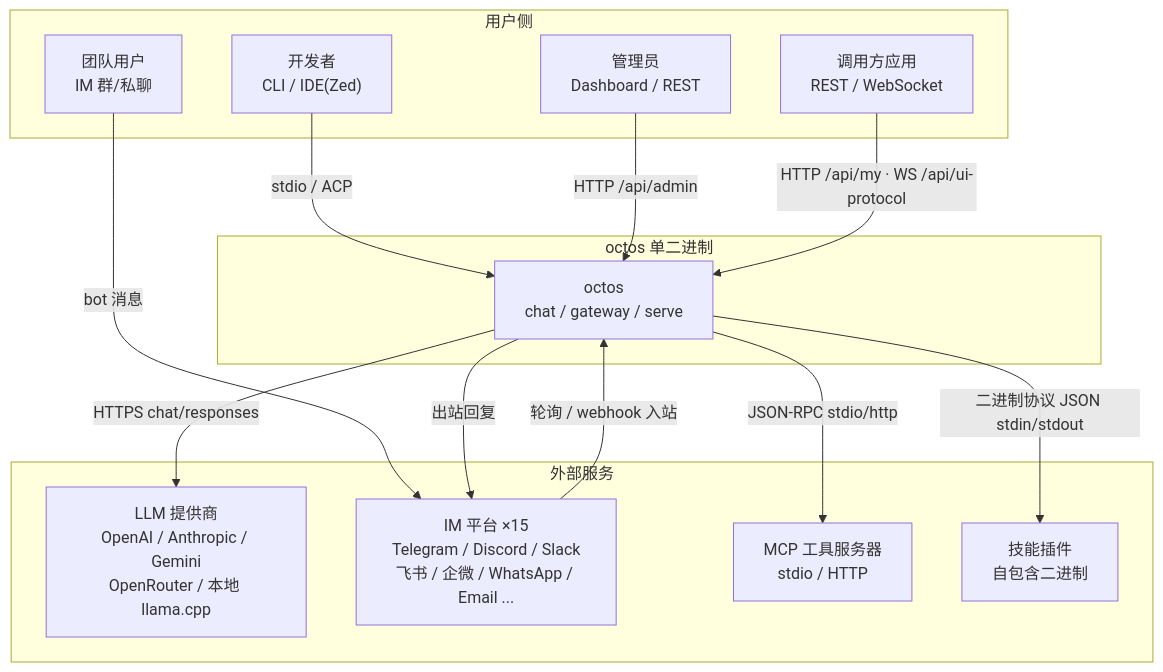
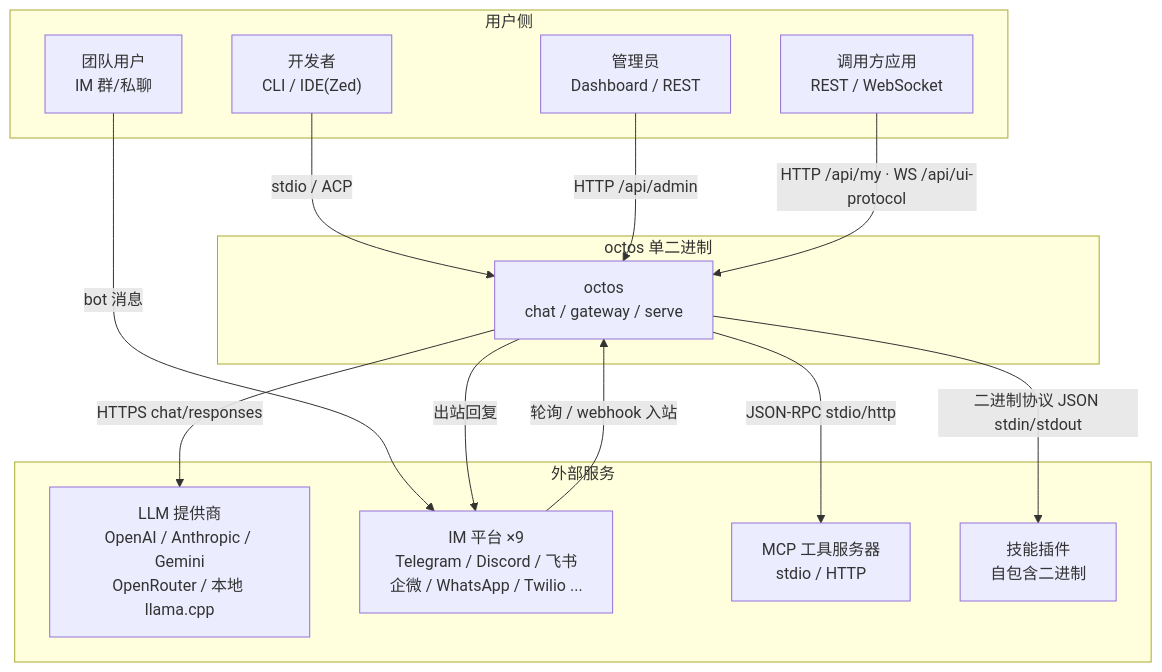
Before and after one commit to dorname/octos: the first of 15 diagrams in logos/resources/prd/3-technical-plan/1-architecture/core-01-architecture-overview.md, drawn with Mermaid. The commit also changed other lines of this file and 14 other files, not shown here.

````diff
--- a/logos/resources/prd/3-technical-plan/1-architecture/core-01-architecture-overview.md
+++ b/logos/resources/prd/3-technical-plan/1-architecture/core-01-architecture-overview.md
@@ -11,30 +11,30 @@
 ```mermaid
 graph TB
     subgraph "用户侧"
         DEV["开发者<br/>CLI / IDE(Zed)"]
         TEAM["团队用户<br/>IM 群/私聊"]
         ADMIN["管理员<br/>Dashboard / REST"]
         APP["调用方应用<br/>REST / WebSocket"]
     end
 
     subgraph "octos 单二进制"
         CORE["octos<br/>chat / gateway / serve"]
     end
 
     subgraph "外部服务"
         LLM["LLM 提供商<br/>OpenAI / Anthropic / Gemini<br/>OpenRouter / 本地 llama.cpp"]
-        IM["IM 平台 ×15<br/>Telegram / Discord / Slack<br/>飞书 / 企微 / WhatsApp / Email ..."]
+        IM["IM 平台 ×9<br/>Telegram / Discord / 飞书<br/>企微 / WhatsApp / Twilio ..."]
         MCP["MCP 工具服务器<br/>stdio / HTTP"]
         SKILL["技能插件<br/>自包含二进制"]
     end
 
     DEV -->|"stdio / ACP"| CORE
     TEAM -->|"bot 消息"| IM
     IM -->|"轮询 / webhook 入站"| CORE
     CORE -->|"出站回复"| IM
     ADMIN -->|"HTTP /api/admin"| CORE
     APP -->|"HTTP /api/my · WS /api/ui-protocol"| CORE
     CORE -->|"HTTPS chat/responses"| LLM
     CORE -->|"JSON-RPC stdio/http"| MCP
     CORE -->|"二进制协议 JSON stdin/stdout"| SKILL
 ```
````
